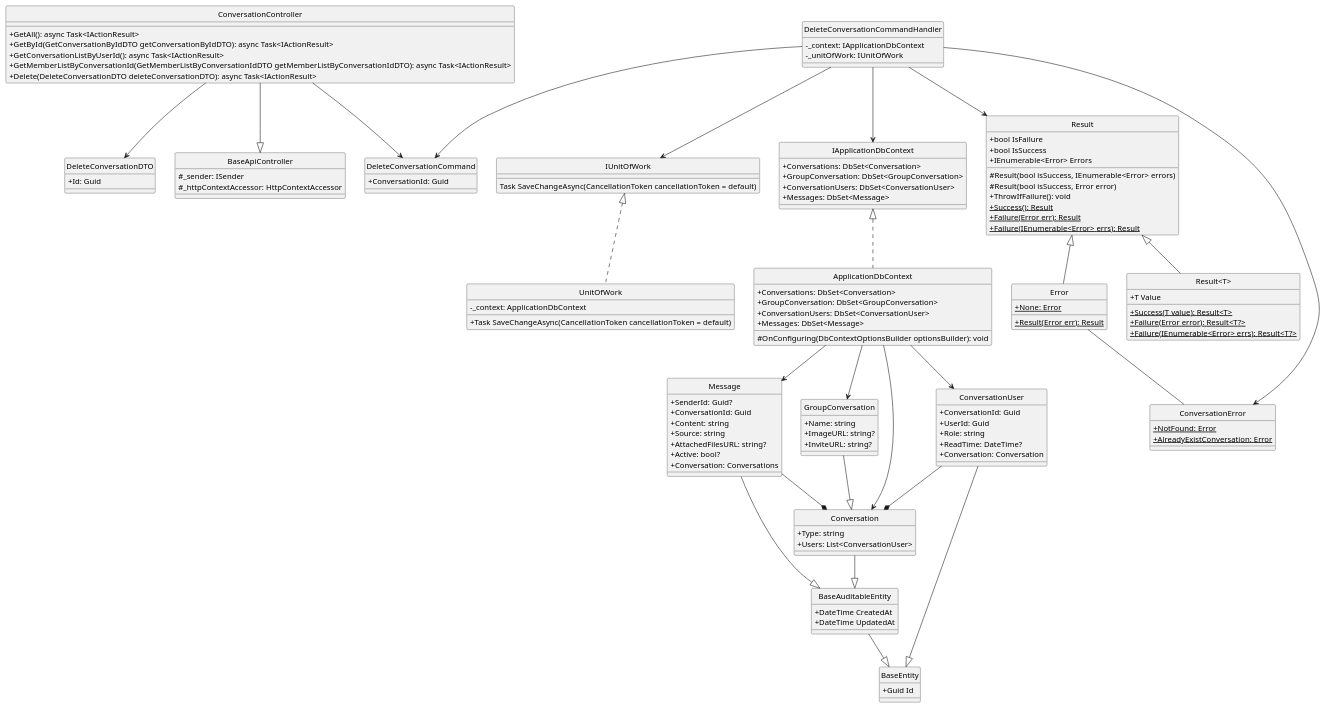
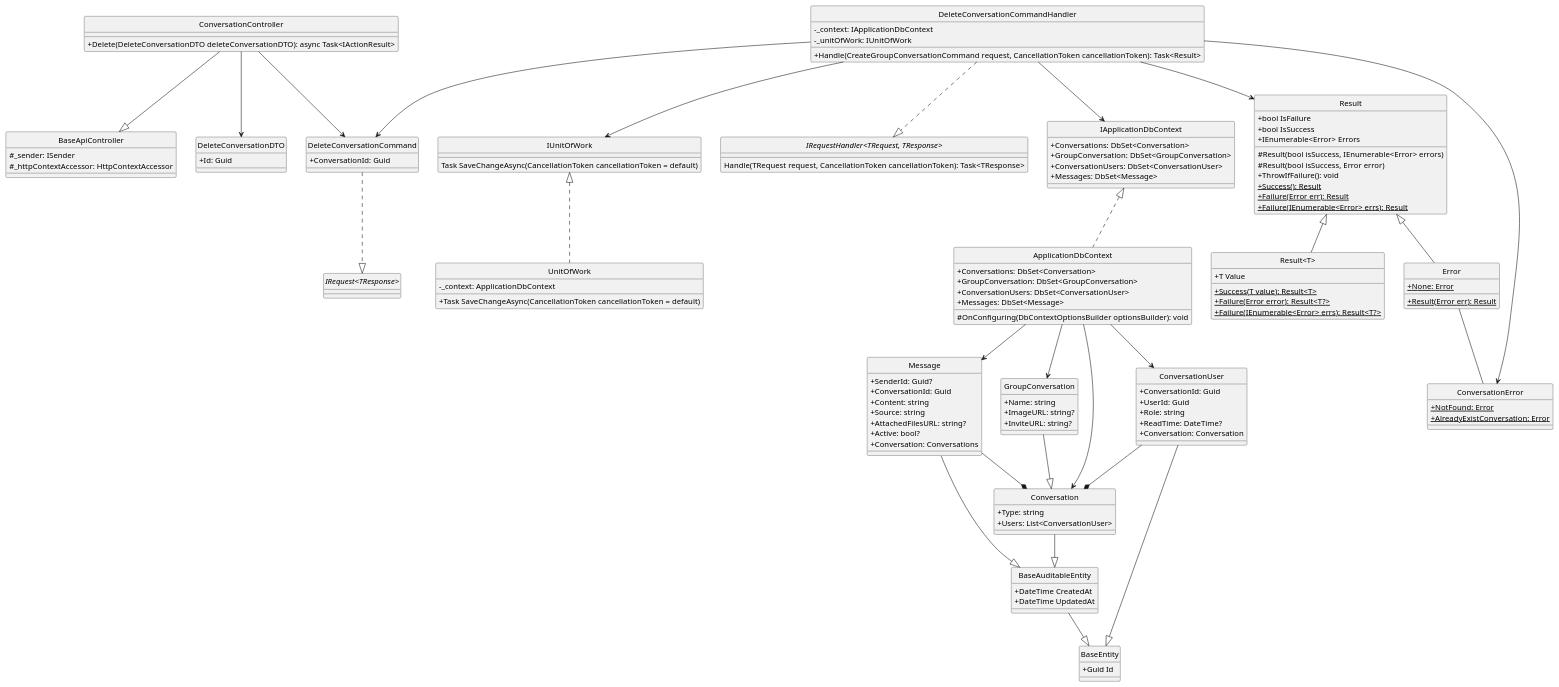
One commit to Carl-Johnsons/Chat-Application changed the diagram in docs/Class Diagram/Conversation/DeleteConversation/ClassDiagram.plantuml. Above: the diagram before and after it, drawn with PlantUML. The commit also changed 13 other files, not shown here.

Commit message:
update conversation class diagram

```diff
--- a/docs/Class Diagram/Conversation/DeleteConversation/ClassDiagram.plantuml
+++ b/docs/Class Diagram/Conversation/DeleteConversation/ClassDiagram.plantuml
@@ -1,154 +1,158 @@
-@startuml 
+@startuml deleteConversation
 hide circle
 skinparam classAttributeIconSize 0
 
 class BaseApiController {
     #_sender: ISender
     #_httpContextAccessor: HttpContextAccessor
 }
 
 class ConversationController {
-    +GetAll(): async Task<IActionResult>
-    +GetById(GetConversationByIdDTO getConversationByIdDTO): async Task<IActionResult>
-    +GetConversationListByUserId(): async Task<IActionResult>
-    +GetMemberListByConversationId(GetMemberListByConversationIdDTO getMemberListByConversationIdDTO): async Task<IActionResult>
     +Delete(DeleteConversationDTO deleteConversationDTO): async Task<IActionResult>
 }
 
 class DeleteConversationCommand{
     +ConversationId: Guid
 }
 
 class DeleteConversationCommandHandler{
     -_context: IApplicationDbContext
     -_unitOfWork: IUnitOfWork
+    +Handle(CreateGroupConversationCommand request, CancellationToken cancellationToken): Task<Result>
 }
 
 class IApplicationDbContext {
     +Conversations: DbSet<Conversation>
     +GroupConversation: DbSet<GroupConversation>
     +ConversationUsers: DbSet<ConversationUser>
     +Messages: DbSet<Message>
 }
 
 class ApplicationDbContext {
     +Conversations: DbSet<Conversation>
     +GroupConversation: DbSet<GroupConversation>
     +ConversationUsers: DbSet<ConversationUser>
     +Messages: DbSet<Message>
     #OnConfiguring(DbContextOptionsBuilder optionsBuilder): void
 }
 
 class Result {
     +bool IsFailure
     +bool IsSuccess
     +IEnumerable<Error> Errors
     #Result(bool isSuccess, IEnumerable<Error> errors)
     #Result(bool isSuccess, Error error)
     +ThrowIfFailure(): void
     {static} +Success(): Result
     {static} +Failure(Error err): Result
     {static} +Failure(IEnumerable<Error> errs): Result
 }
 
 class "Result<T>" {
     +T Value
     {static} +Success(T value): Result<T>
     {static} +Failure(Error error): Result<T?>
     {static} +Failure(IEnumerable<Error> errs): Result<T?>
 }
 
 class Error {
     {static} +None: Error
     {static} +Result(Error err): Result
 }
 
 class DeleteConversationDTO{
     +Id: Guid
 }
 
 
 class IUnitOfWork {
     Task SaveChangeAsync(CancellationToken cancellationToken = default)
 }
 
 class UnitOfWork {
     -_context: ApplicationDbContext
     +Task SaveChangeAsync(CancellationToken cancellationToken = default)
 }
 
 class ConversationError{
     {static} +NotFound: Error
     {static} +AlreadyExistConversation: Error
 }
 
 class BaseEntity {
     +Guid Id
 }
 
 class BaseAuditableEntity{
     +DateTime CreatedAt
     +DateTime UpdatedAt
 }
 
 class Conversation {
     +Type: string
     +Users: List<ConversationUser>
 }
 
 class GroupConversation {
     +Name: string
     +ImageURL: string?
     +InviteURL: string?
 }
 
 class ConversationUser {
     +ConversationId: Guid
     +UserId: Guid
     +Role: string
     +ReadTime: DateTime?
     +Conversation: Conversation
 }
 
 class Message {
     +SenderId: Guid?
     +ConversationId: Guid
     +Content: string
     +Source: string
     +AttachedFilesURL: string?
     +Active: bool?
     +Conversation: Conversations
 }
 
+interface "IRequest<TResponse>"
+interface "IRequestHandler<TRequest, TResponse>"{
+    Handle(TRequest request, CancellationToken cancellationToken): Task<TResponse>
+}
+
 ConversationController --|> BaseApiController
 ConversationController --> DeleteConversationCommand
 
 ConversationController --> DeleteConversationDTO
 
+DeleteConversationCommand ..|> "IRequest<TResponse>"
+DeleteConversationCommandHandler ..|> "IRequestHandler<TRequest, TResponse>"
 DeleteConversationCommandHandler --> DeleteConversationCommand
 DeleteConversationCommandHandler --> Result
 DeleteConversationCommandHandler --> IUnitOfWork
 DeleteConversationCommandHandler --> IApplicationDbContext
 DeleteConversationCommandHandler --> ConversationError
 
 
 IUnitOfWork <|.. UnitOfWork
 IApplicationDbContext <|.. ApplicationDbContext
 Result <|-- Error
 Result <|-- "Result<T>"
 
 Error -- ConversationError
 
 ApplicationDbContext --> Conversation
 ApplicationDbContext --> GroupConversation
 ApplicationDbContext --> ConversationUser
 ApplicationDbContext --> Message
 
 Conversation --|> BaseAuditableEntity
 GroupConversation --|> Conversation
 ConversationUser --|> BaseEntity
 ConversationUser --* Conversation
 Message --|> BaseAuditableEntity
 Message --* Conversation
 BaseAuditableEntity --|> BaseEntity
 @enduml
```
